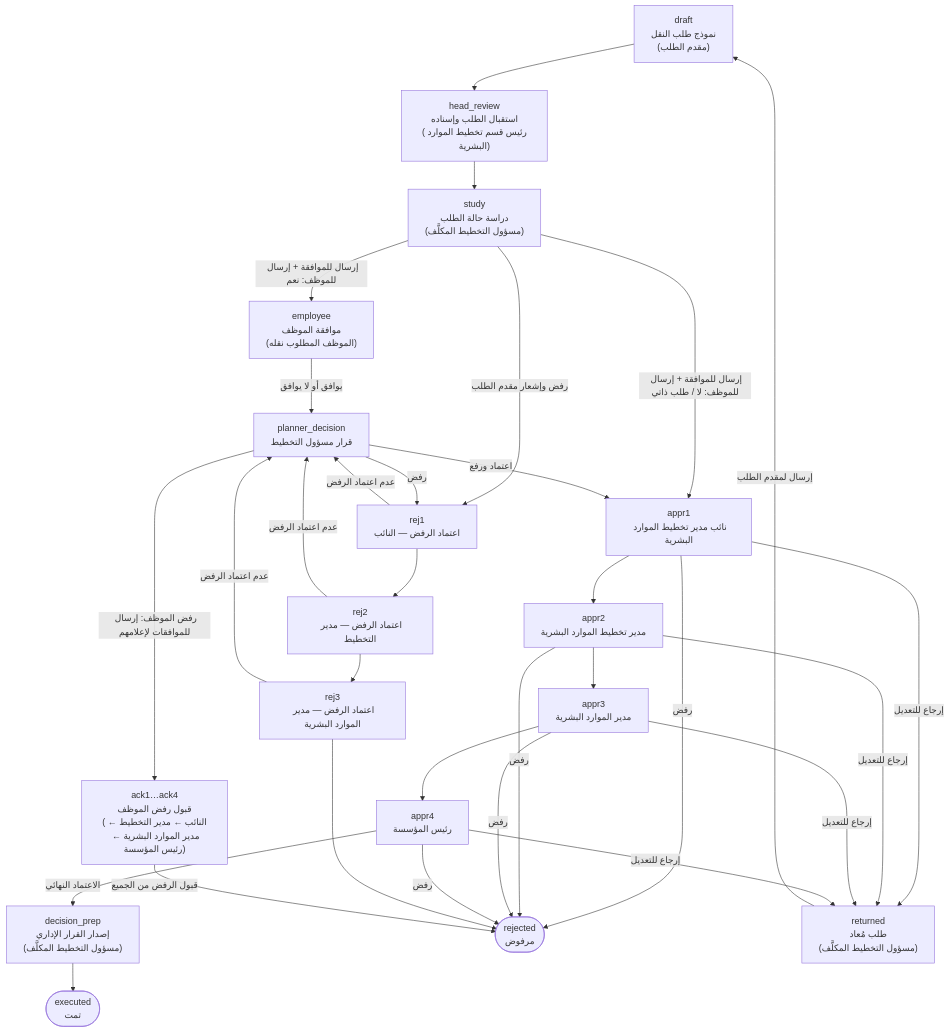
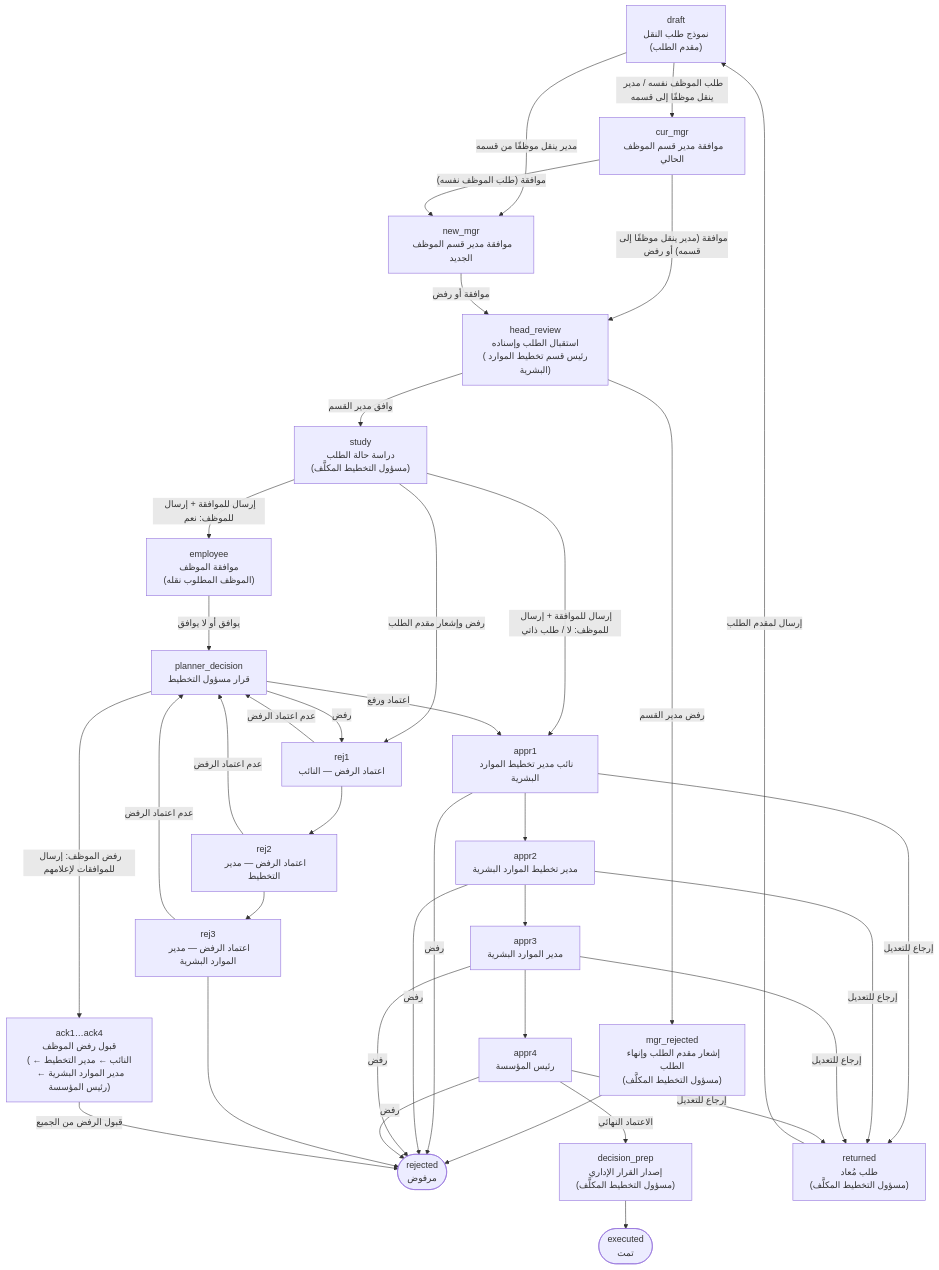
One commit to mariiamahmed11/sio_staff_transfer changed the diagram in docs/workflow.md. Above: the diagram before and after it, drawn with Mermaid. The commit also changed other lines of this file and 1 other file, not shown here.

Commit message:
توثيق مسار موافقة مديري الأقسام
Claude-Session: https://claude.ai/code/session_011ScrgTePbEPRnczQ9B2eJd

````diff
--- a/docs/workflow.md
+++ b/docs/workflow.md
@@ -7,25 +7,31 @@
 ```mermaid
 flowchart TD
-    draft["draft<br/>نموذج طلب النقل<br/>(مقدم الطلب)"] --> head_review["head_review<br/>استقبال الطلب وإسناده<br/>(رئيس قسم تخطيط الموارد البشرية)"]
-    head_review --> study["study<br/>دراسة حالة الطلب<br/>(مسؤول التخطيط المكلَّف)"]
+    draft["draft<br/>نموذج طلب النقل<br/>(مقدم الطلب)"] -- "طلب الموظف نفسه / مدير ينقل موظفًا إلى قسمه" --> cur_mgr["cur_mgr<br/>موافقة مدير قسم الموظف الحالي"]
+    draft -- "مدير ينقل موظفًا من قسمه" --> new_mgr["new_mgr<br/>موافقة مدير قسم الموظف الجديد"]
+    cur_mgr -- "موافقة (طلب الموظف نفسه)" --> new_mgr
+    cur_mgr -- "موافقة (مدير ينقل موظفًا إلى قسمه) أو رفض" --> head_review["head_review<br/>استقبال الطلب وإسناده<br/>(رئيس قسم تخطيط الموارد البشرية)"]
+    new_mgr -- "موافقة أو رفض" --> head_review
+    head_review -- "وافق مدير القسم" --> study["study<br/>دراسة حالة الطلب<br/>(مسؤول التخطيط المكلَّف)"]
+    head_review -- "رفض مدير القسم" --> mgr_rejected["mgr_rejected<br/>إشعار مقدم الطلب وإنهاء الطلب<br/>(مسؤول التخطيط المكلَّف)"]
+    mgr_rejected --> rejected
     study -- "إرسال للموافقة + إرسال للموظف: نعم" --> employee["employee<br/>موافقة الموظف<br/>(الموظف المطلوب نقله)"]
     study -- "إرسال للموافقة + إرسال للموظف: لا / طلب ذاتي" --> appr1
     study -- "رفض وإشعار مقدم الطلب" --> rej1
     employee -- "يوافق أو لا يوافق" --> planner_decision["planner_decision<br/>قرار مسؤول التخطيط"]
     planner_decision -- "اعتماد ورفع" --> appr1["appr1<br/>نائب مدير تخطيط الموارد البشرية"]
     appr1 --> appr2["appr2<br/>مدير تخطيط الموارد البشرية"]
     appr2 --> appr3["appr3<br/>مدير الموارد البشرية"]
     appr3 --> appr4["appr4<br/>رئيس المؤسسة"]
     appr4 -- "الاعتماد النهائي" --> decision_prep["decision_prep<br/>إصدار القرار الإداري<br/>(مسؤول التخطيط المكلَّف)"]
     decision_prep --> executed(["executed<br/>تمت"])
     appr1 & appr2 & appr3 & appr4 -- "رفض" --> rejected(["rejected<br/>مرفوض"])
     appr1 & appr2 & appr3 & appr4 -- "إرجاع للتعديل" --> returned["returned<br/>طلب مُعاد<br/>(مسؤول التخطيط المكلَّف)"]
     returned -- "إرسال لمقدم الطلب" --> draft
     planner_decision -- "رفض" --> rej1["rej1<br/>اعتماد الرفض — النائب"]
     rej1 --> rej2["rej2<br/>اعتماد الرفض — مدير التخطيط"]
     rej2 --> rej3["rej3<br/>اعتماد الرفض — مدير الموارد البشرية"]
     rej3 --> rejected
     rej1 & rej2 & rej3 -- "عدم اعتماد الرفض" --> planner_decision
     planner_decision -- "رفض الموظف: إرسال للموافقات لإعلامهم" --> ack1["ack1…ack4<br/>قبول رفض الموظف<br/>(النائب ← مدير التخطيط ← مدير الموارد البشرية ← رئيس المؤسسة)"]
     ack1 -- "قبول الرفض من الجميع" --> rejected
 ```
````
